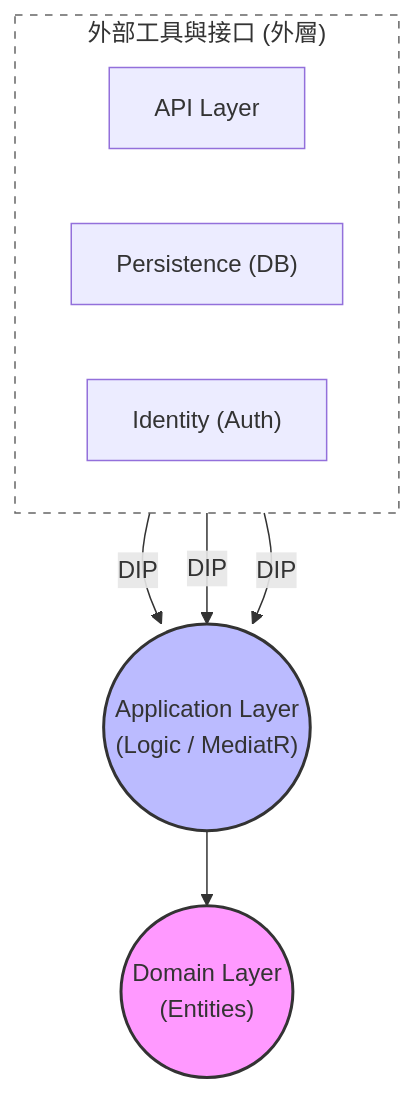
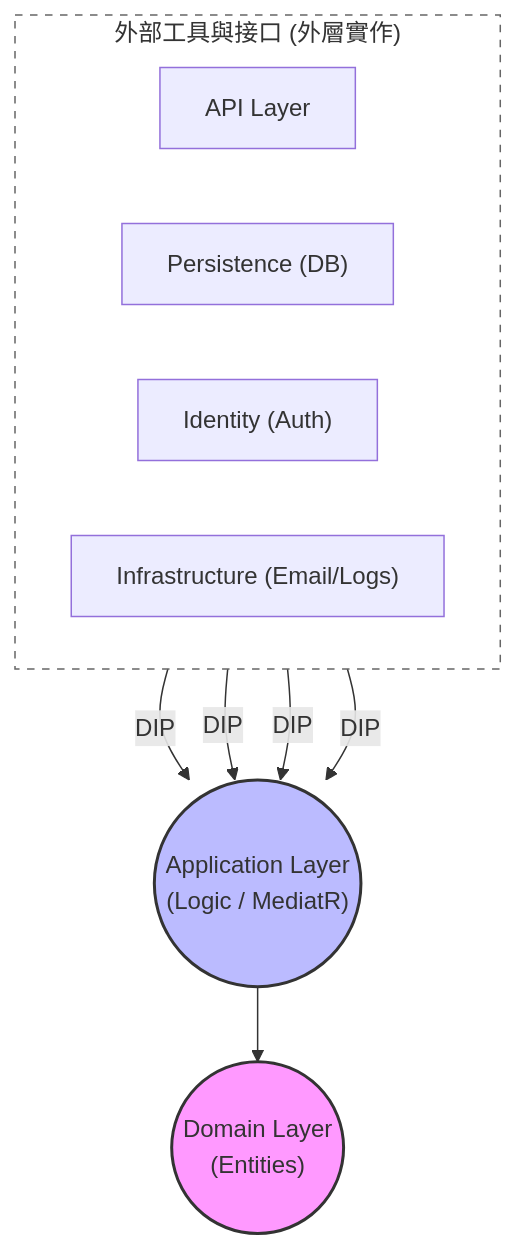
Before and after one commit to hoshisakan/HR.LeaveManagement.Clean: the first of 2 diagrams in ARCHITECTURE.md, drawn with Mermaid.

Commit message:
1. docs: complete architecture diagram by adding Infrastructure layer.

````diff
--- a/ARCHITECTURE.md
+++ b/ARCHITECTURE.md
@@ -7,29 +7,31 @@
 ```mermaid
 flowchart TD
-    %% 定義外部工具層（橫向排列）
-    subgraph External_Tools ["外部工具與接口 (外層)"]
+    %% 定義外部工具層（橫向排列，現在有四個主要組件）
+    subgraph External_Tools ["外部工具與接口 (外層實作)"]
         direction LR
         API["API Layer"]
         DB["Persistence (DB)"]
         AUTH["Identity (Auth)"]
+        INFRA["Infrastructure (Email/Logs)"]
     end
 
     %% 定義核心邏輯層
     APP(("Application Layer<br/>(Logic / MediatR)"))
 
     %% 定義最核心實體層
     DOMAIN(("Domain Layer<br/>(Entities)"))
 
-    %% 依賴方向：全部指向中間的核心
+    %% 依賴方向：全部透過介面指向中間的核心
     API -- "DIP" --> APP
     DB -- "DIP" --> APP
     AUTH -- "DIP" --> APP
+    INFRA -- "DIP" --> APP
     
     %% 邏輯指向實體
     APP --> DOMAIN
 
     %% 樣式設定
     style DOMAIN fill:#f9f,stroke:#333,stroke-width:2px
     style APP fill:#bbf,stroke:#333,stroke-width:2px
     style External_Tools fill:none,stroke:#666,stroke-dasharray: 5 5
 ```
````
